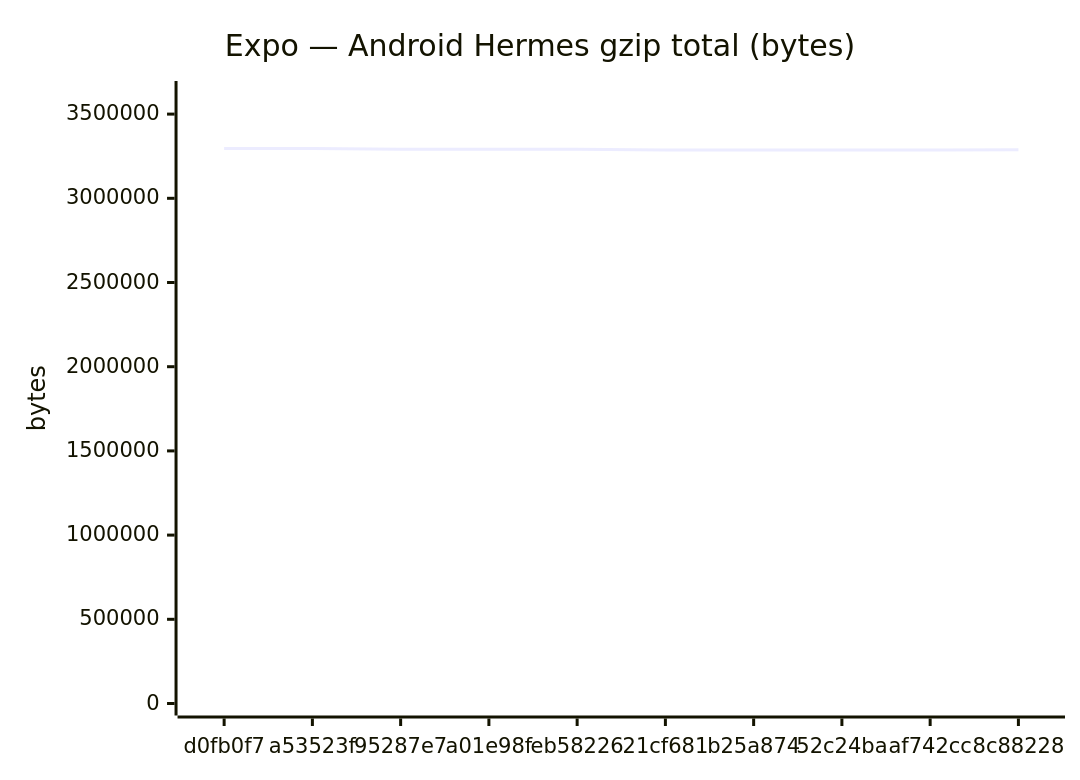
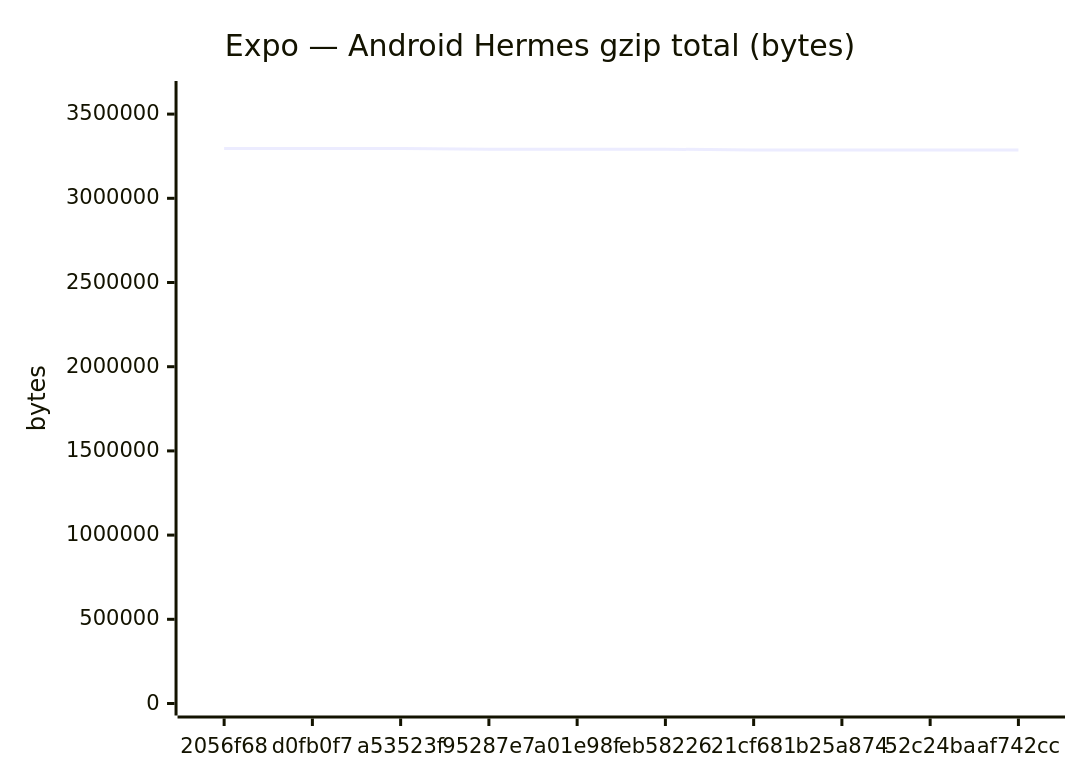
One commit to Metaheurist/Rianell changed the fifth of 18 diagrams in benchmarks/compare.md. Above: the diagram before and after it, drawn with Mermaid. The commit also changed other lines of this file and 11 other files, not shown here.

````diff
--- a/benchmarks/compare.md
+++ b/benchmarks/compare.md
@@ -89,7 +89,7 @@
 ```mermaid
 xychart-beta
     title "Expo — Android Hermes gzip total (bytes)"
-    x-axis ["d0fb0f7", "a53523f", "95287e7", "a01e98f", "eb58226", "21cf681", "b25a874", "52c24ba", "af742cc", "8c88228"]
-    y-axis "bytes" 0 --> 3625334
-    line [3295758, 3295757, 3291461, 3291455, 3291464, 3287427, 3287424, 3287423, 3287424, 3287869]
+    x-axis ["2056f68", "d0fb0f7", "a53523f", "95287e7", "a01e98f", "eb58226", "21cf681", "b25a874", "52c24ba", "af742cc"]
+    y-axis "bytes" 0 --> 3625338
+    line [3295761, 3295758, 3295757, 3291461, 3291455, 3291464, 3287427, 3287424, 3287423, 3287424]
 ```
````
